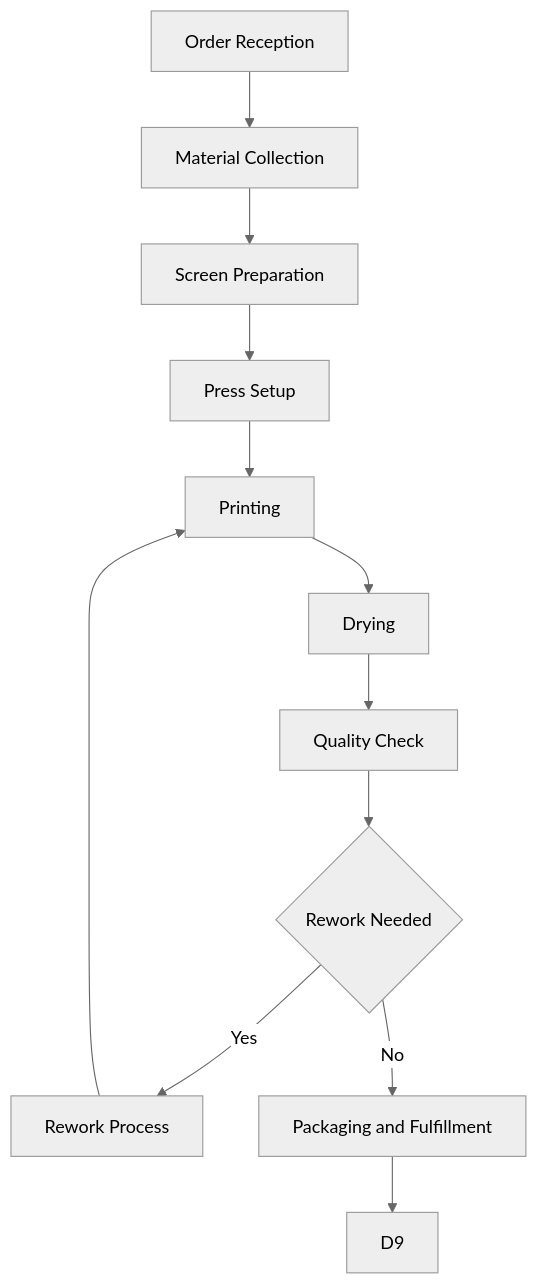
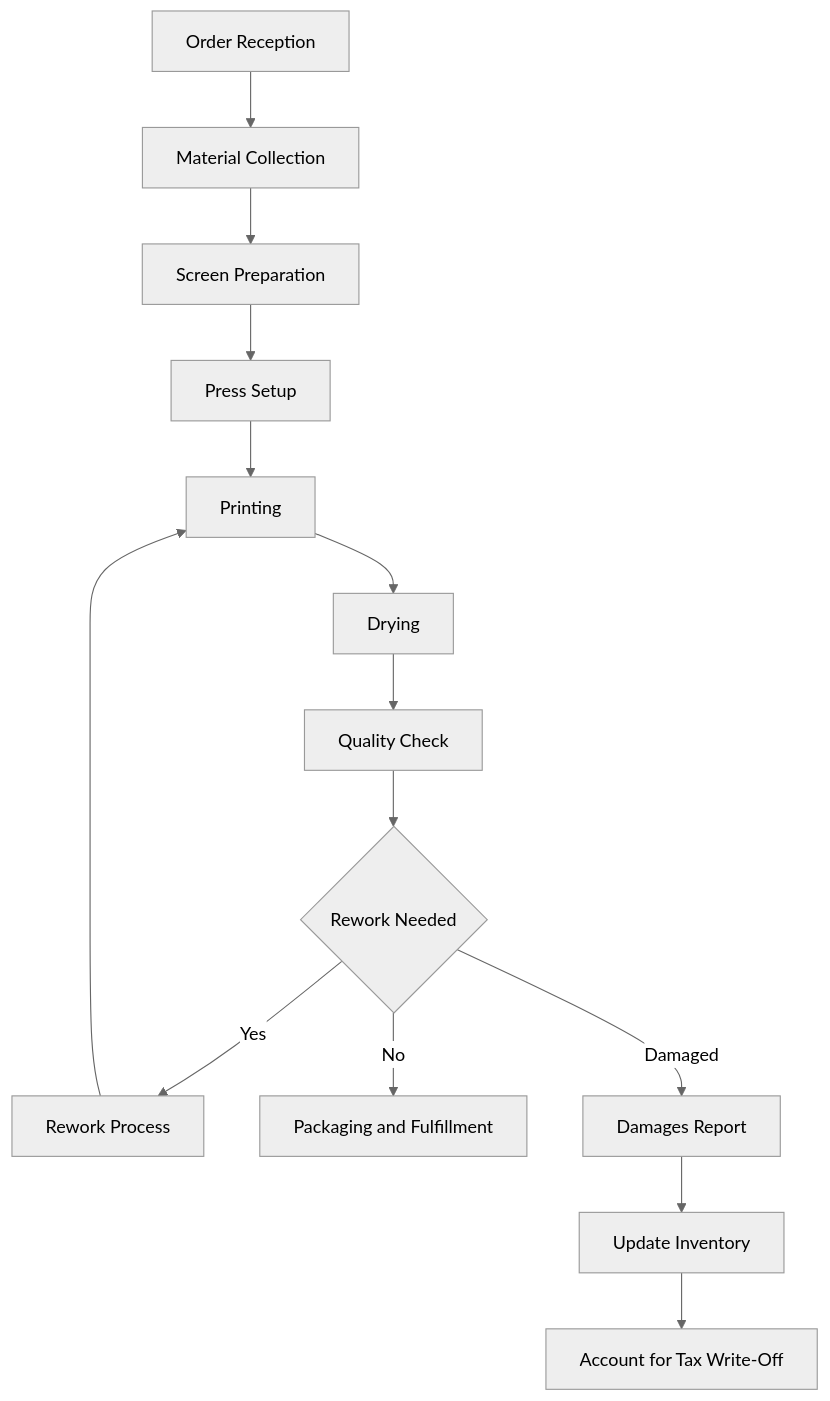
Before and after one commit to TyGrim13/4WinnerFlows: the sixth of 10 diagrams in README.md, drawn with Mermaid (neutral theme). The commit also changed other lines of this file, not shown here.

````diff
--- a/README.md
+++ b/README.md
@@ -239,26 +313,32 @@
 ```mermaid
 flowchart TD
     D1[Order Reception]
     D2[Material Collection]
     D3[Screen Preparation]
     D4[Press Setup]
     D5[Printing]
     D6[Drying]
     D7[Quality Check]
     D7a{Rework Needed}
     D7b[Rework Process]
     D8[Packaging and Fulfillment]
+    D9[Damages Report]
+    D10[Update Inventory]
+    D11[Account for Tax Write-Off]
 
     D1 --> D2
     D2 --> D3
     D3 --> D4
     D4 --> D5
     D5 --> D6
     D6 --> D7
     D7 --> D7a
     D7a -->|Yes| D7b
     D7a -->|No| D8
+    D7a -->|Damaged| D9
+    D9 --> D10
+    D10 --> D11
     D7b --> D5
-    D8 --> D9
+    D8
 
 ```
````
